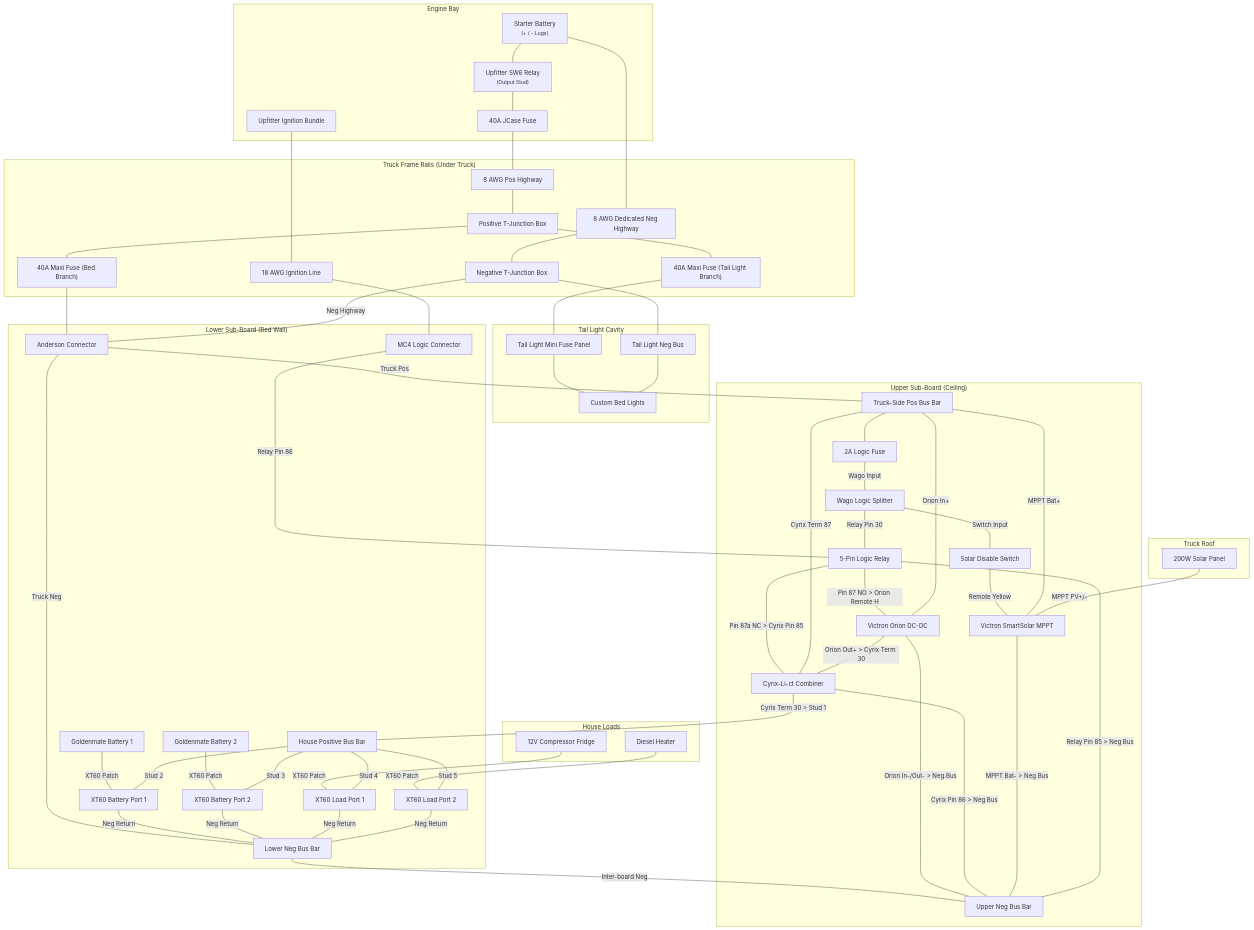
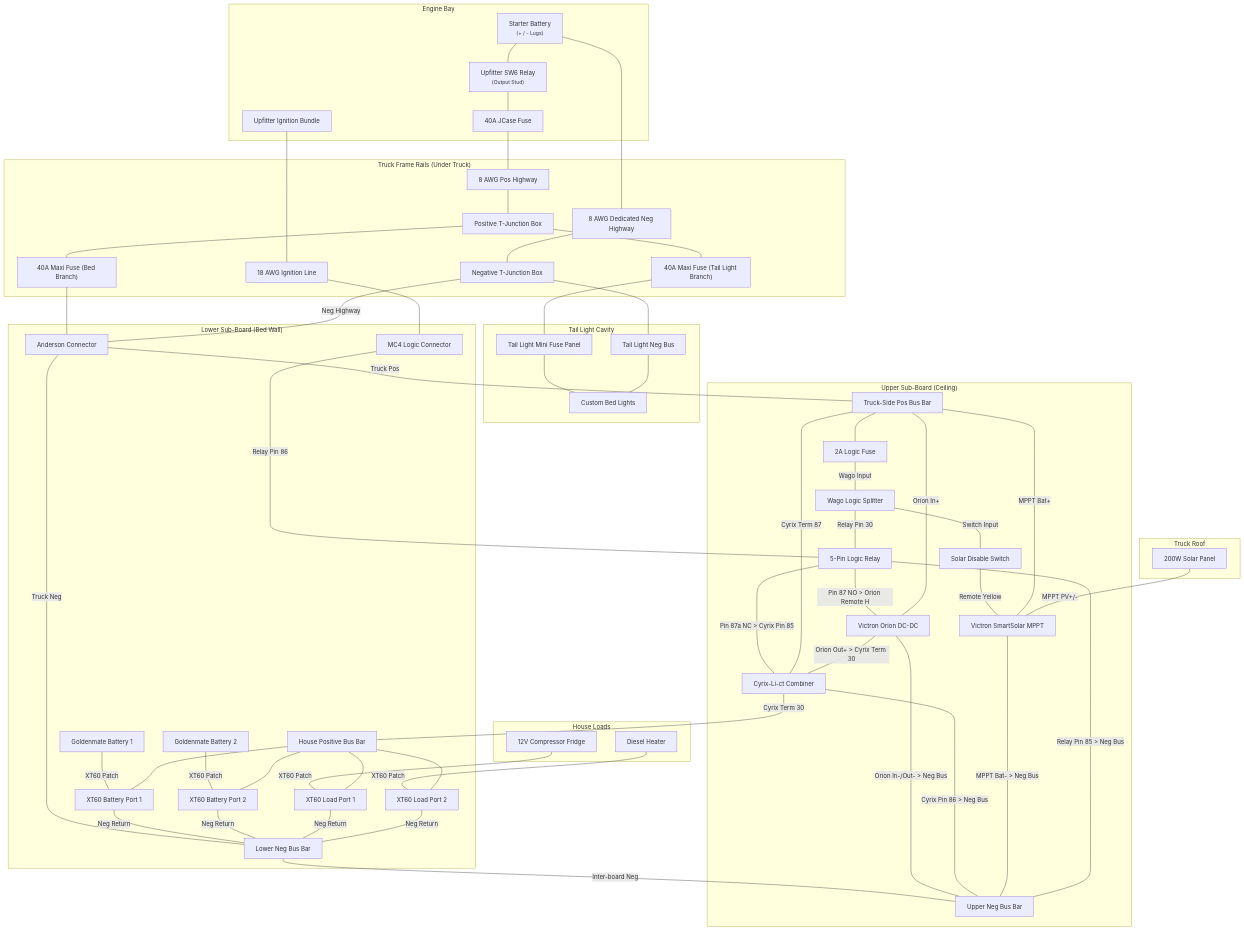
Before and after one commit to chrisjohnson/truck-micro-grid: the diagram in system_diagram.md, drawn with Mermaid.

Commit message:
docs: simplify bus bar labels in system diagram

````diff
--- a/system_diagram.md
+++ b/system_diagram.md
@@ -103,7 +103,7 @@
     SolarPanel ---|MPPT PV+/-| MPPT
 
     Orion ---|Orion Out+ > Cyrix Term 30| Cyrix
-    Cyrix ---|Cyrix Term 30 > Stud 1| HousePosBus
+    Cyrix ---|Cyrix Term 30| HousePosBus
     
     %% Negative Returns - Upper Board
     Orion ---|Orion In-/Out- > Neg Bus| UpperNegBus
@@ -123,8 +123,8 @@
     Fridge ---|XT60 Patch| XT60_Load1
     DieselHeater ---|XT60 Patch| XT60_Load2
     
-    HousePosBus ---|Stud 2| XT60_Bat1
-    HousePosBus ---|Stud 3| XT60_Bat2
-    HousePosBus ---|Stud 4| XT60_Load1
-    HousePosBus ---|Stud 5| XT60_Load2
+    HousePosBus --- XT60_Bat1
+    HousePosBus --- XT60_Bat2
+    HousePosBus --- XT60_Load1
+    HousePosBus --- XT60_Load2
 ```
````
